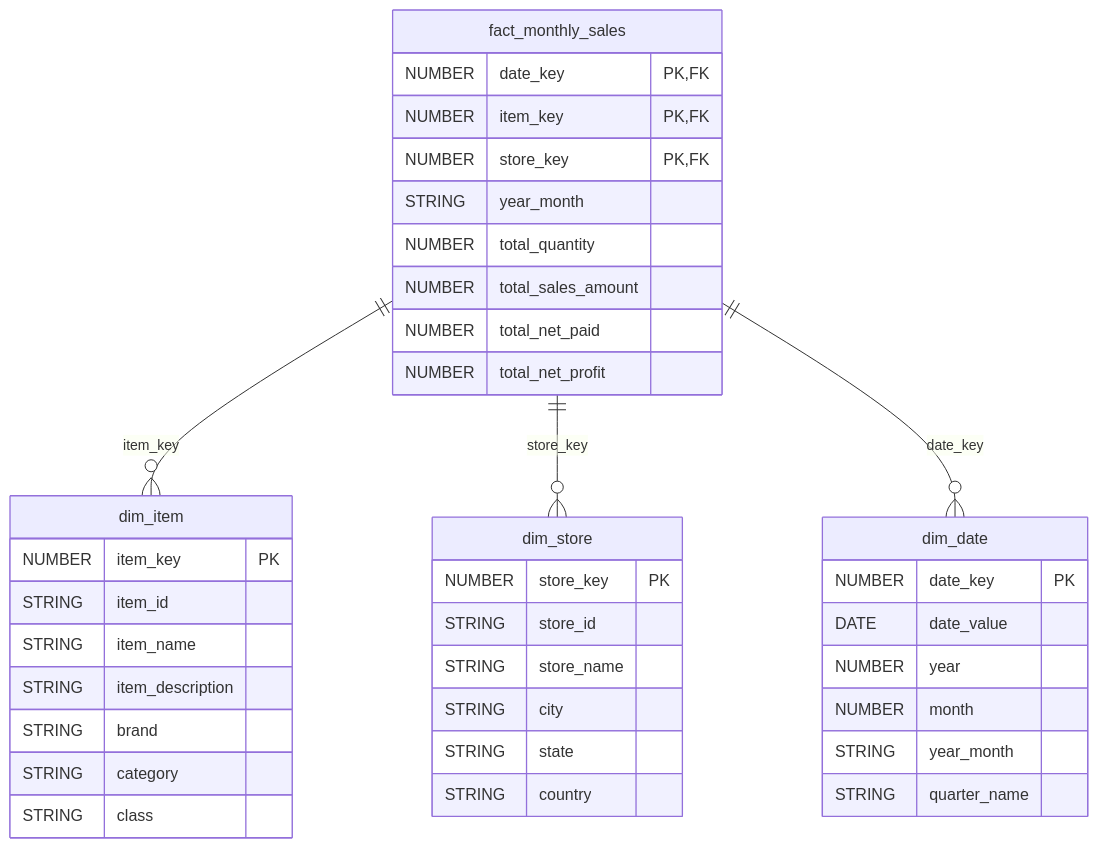
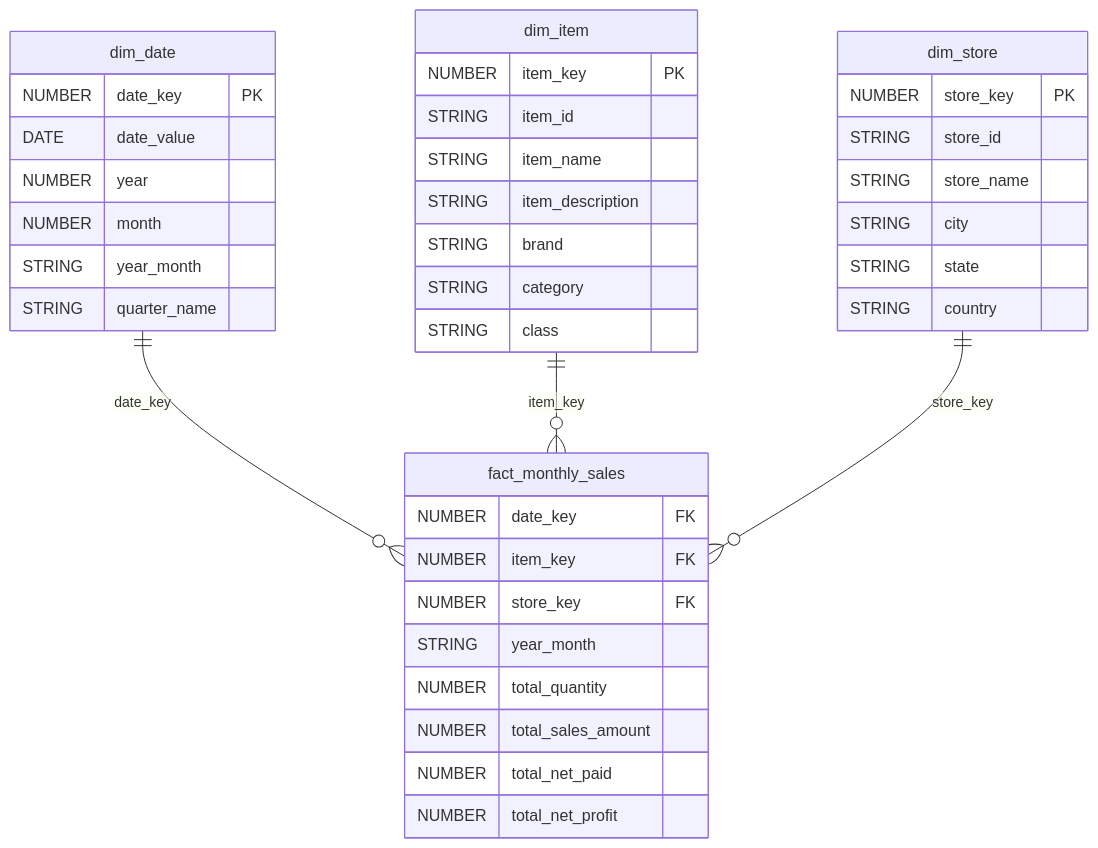
One commit to mrmaheshdattamishra-crypto/etl-scripts changed the third of 3 diagrams in agentic-code/monthly_sales_star_schema/README.md. Above: the diagram before and after it, drawn with Mermaid. The commit also changed other lines of this file, not shown here.

First line of the commit message:
Add comprehensive ETL design document for monthly sales star schema

````diff
--- a/agentic-code/monthly_sales_star_schema/README.md
+++ b/agentic-code/monthly_sales_star_schema/README.md
@@ -208,45 +197,45 @@
 ```mermaid
 erDiagram
     fact_monthly_sales {
-        NUMBER date_key PK,FK
-        NUMBER item_key PK,FK
-        NUMBER store_key PK,FK
+        NUMBER date_key FK
+        NUMBER item_key FK
+        NUMBER store_key FK
         STRING year_month
         NUMBER total_quantity
         NUMBER total_sales_amount
         NUMBER total_net_paid
         NUMBER total_net_profit
+    }
+    
+    dim_date {
+        NUMBER date_key PK
+        DATE date_value
+        NUMBER year
+        NUMBER month
+        STRING year_month
+        STRING quarter_name
     }
     
     dim_item {
         NUMBER item_key PK
         STRING item_id
         STRING item_name
         STRING item_description
         STRING brand
         STRING category
         STRING class
     }
     
     dim_store {
         NUMBER store_key PK
         STRING store_id
         STRING store_name
         STRING city
         STRING state
         STRING country
     }
     
-    dim_date {
-        NUMBER date_key PK
-        DATE date_value
-        NUMBER year
-        NUMBER month
-        STRING year_month
-        STRING quarter_name
-    }
-    
-    fact_monthly_sales ||--o{ dim_item : "item_key"
-    fact_monthly_sales ||--o{ dim_store : "store_key"
-    fact_monthly_sales ||--o{ dim_date : "date_key"
+    dim_date ||--o{ fact_monthly_sales : date_key
+    dim_item ||--o{ fact_monthly_sales : item_key
+    dim_store ||--o{ fact_monthly_sales : store_key
 ```
````
